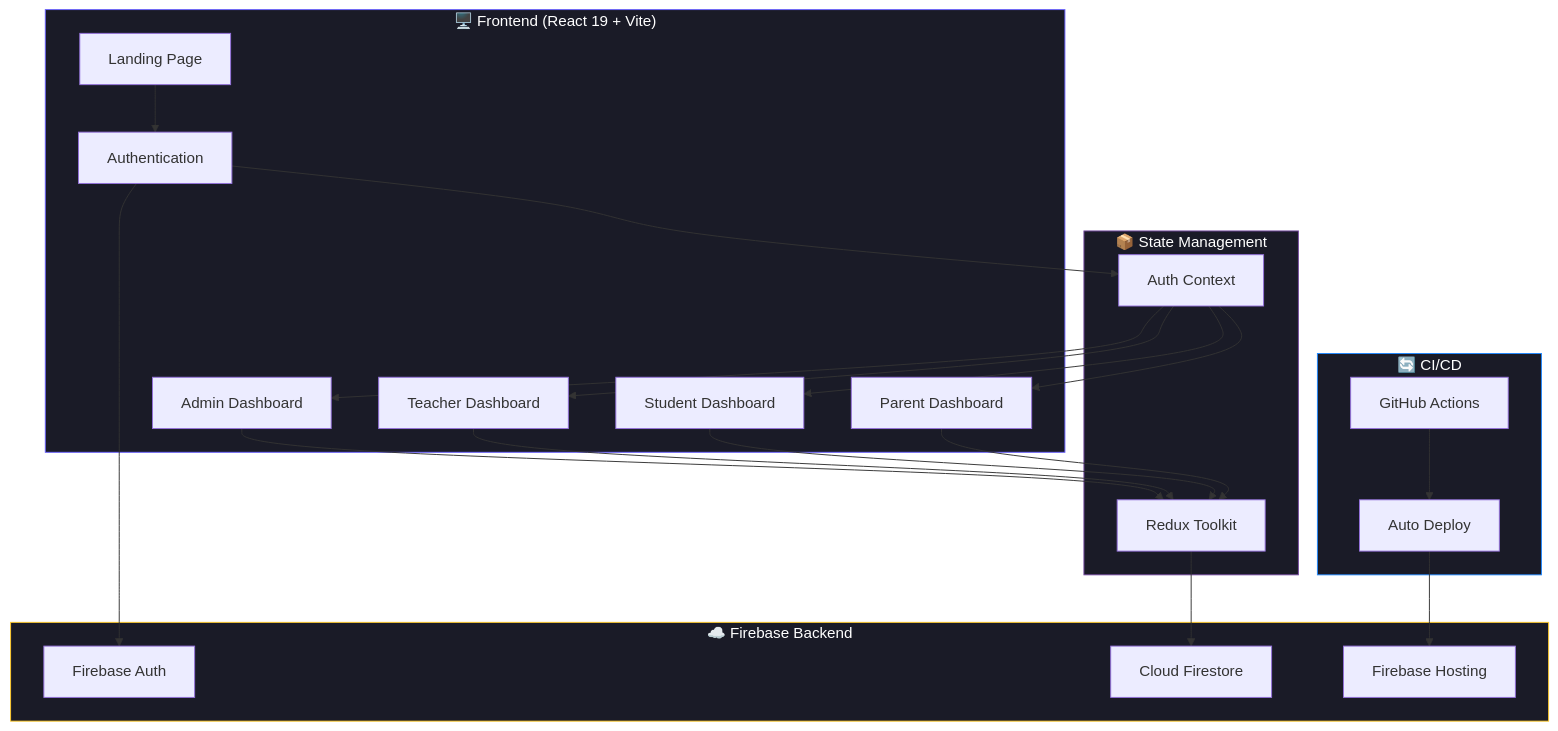
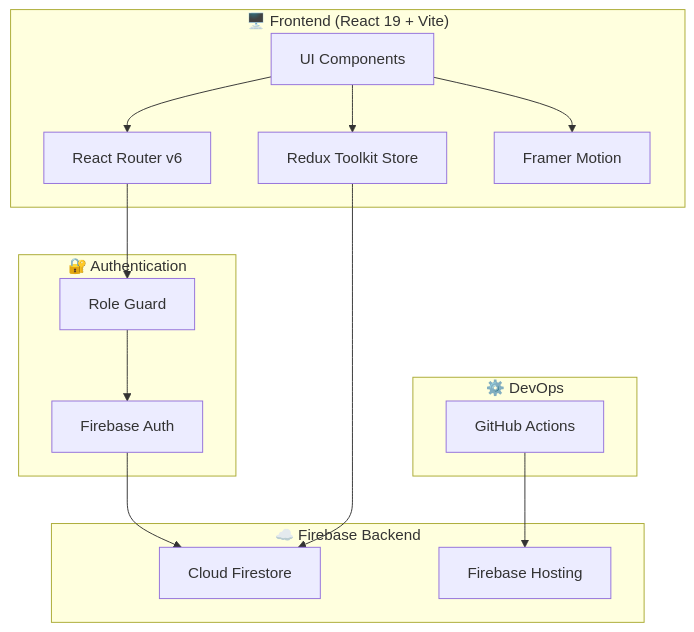
One commit to ShelumHansana/SmartED changed the diagram in README.md. Above: the diagram before and after it, drawn with Mermaid. The commit also changed other lines of this file, not shown here.

Commit message:
docs: enhanced README with architecture diagram, env vars, screenshots section, and contributing guide

````diff
--- a/README.md
+++ b/README.md
@@ -118,40 +121,32 @@
 ```mermaid
 graph TB
     subgraph Client["🖥️ Frontend (React 19 + Vite)"]
-        LP[Landing Page]
-        Auth[Authentication]
-        AD[Admin Dashboard]
-        TD[Teacher Dashboard]
-        SD[Student Dashboard]
-        PD[Parent Dashboard]
+        UI["UI Components"]
+        Redux["Redux Toolkit Store"]
+        Router["React Router v6"]
+        FM["Framer Motion"]
     end
 
-    subgraph State["📦 State Management"]
-        Redux[Redux Toolkit]
-        Context[Auth Context]
+    subgraph Auth["🔐 Authentication"]
+        FA["Firebase Auth"]
+        RG["Role Guard"]
     end
 
     subgraph Backend["☁️ Firebase Backend"]
-        FA[Firebase Auth]
-        FS[Cloud Firestore]
-        FH[Firebase Hosting]
+        FS["Cloud Firestore"]
+        FH["Firebase Hosting"]
     end
 
-    subgraph DevOps["🔄 CI/CD"]
-        GA[GitHub Actions]
-        Deploy[Auto Deploy]
+    subgraph CI["⚙️ DevOps"]
+        GA["GitHub Actions"]
     end
 
-    LP --> Auth
-    Auth --> Context
-    Context --> AD & TD & SD & PD
-    AD & TD & SD & PD --> Redux
+    UI --> Redux
+    UI --> Router
+    UI --> FM
+    Router --> RG
+    RG --> FA
+    FA --> FS
     Redux --> FS
-    Auth --> FA
-    GA --> Deploy --> FH
-
-    style Client fill:#1a1b27,stroke:#6c63ff,color:#fff
-    style State fill:#1a1b27,stroke:#764ba2,color:#fff
-    style Backend fill:#1a1b27,stroke:#ffca28,color:#fff
-    style DevOps fill:#1a1b27,stroke:#2088ff,color:#fff
+    GA --> FH
 ```
````
